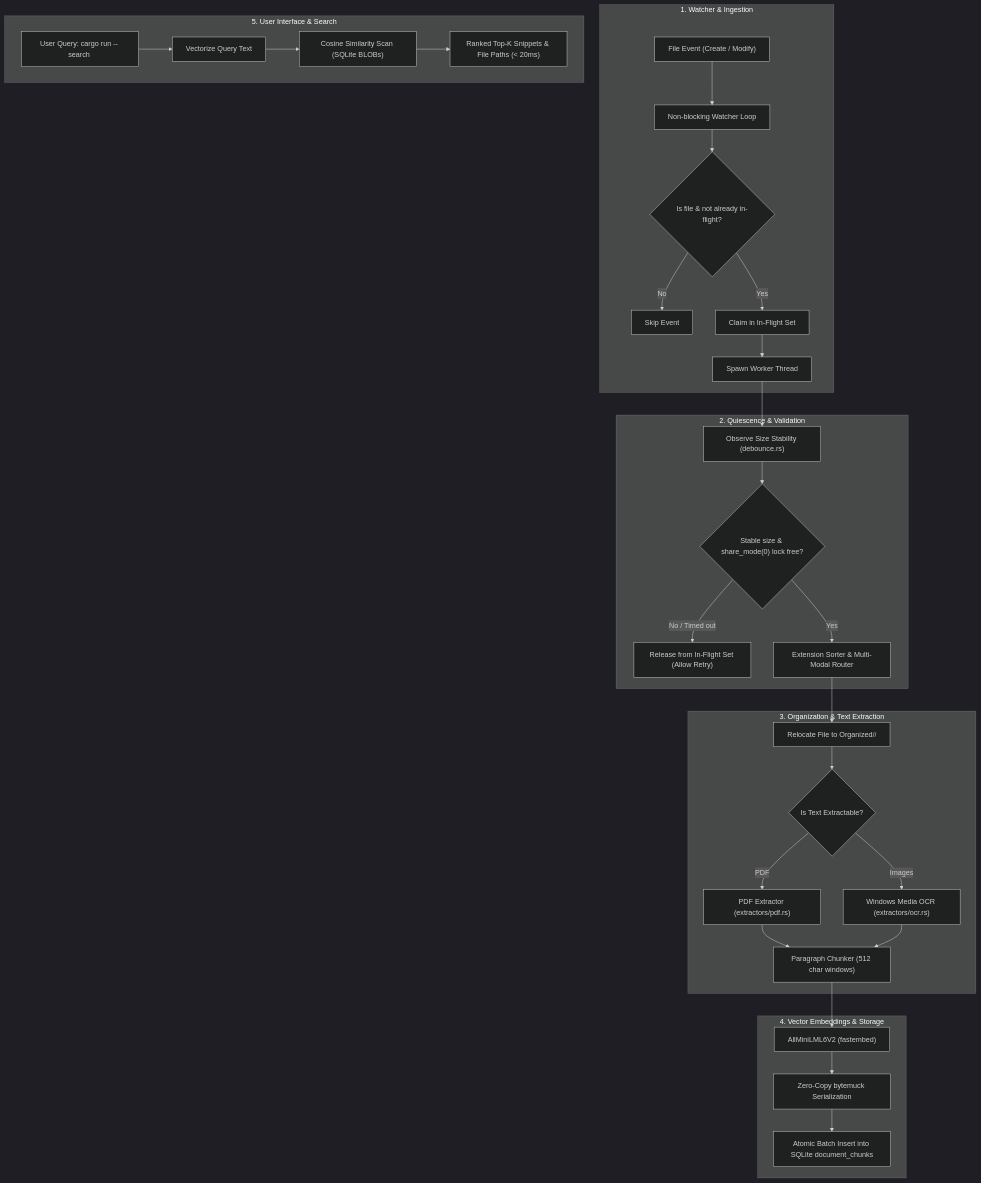
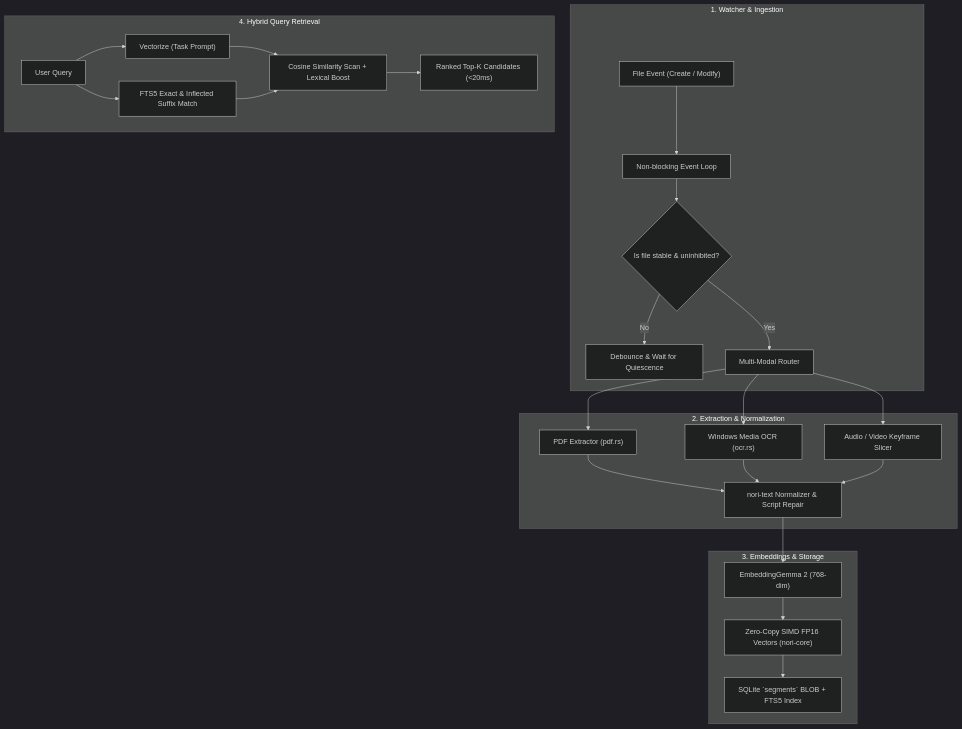
Before and after one commit to abuhurayraniloy/Nori: the diagram in README.md, drawn with Mermaid (dark theme). The commit also changed other lines of this file, not shown here.

````diff
--- a/README.md
+++ b/README.md
@@ -43,37 +124,29 @@
 ```mermaid
 flowchart TD
     subgraph S1 ["1. Watcher & Ingestion"]
-        A["File Event (Create / Modify)"] --> B["Non-blocking Watcher Loop"]
-        B --> C{"Is file & not already in-flight?"}
-        C -- No --> D["Skip Event"]
-        C -- Yes --> E["Claim in In-Flight Set"]
-        E --> F["Spawn Worker Thread"]
+        A["File Event (Create / Modify)"] --> B["Non-blocking Event Loop"]
+        B --> C{"Is file stable & uninhibited?"}
+        C -- No --> D["Debounce & Wait for Quiescence"]
+        C -- Yes --> E["Multi-Modal Router"]
     end
 
-    subgraph S2 ["2. Quiescence & Validation"]
-        F --> G["Observe Size Stability (debounce.rs)"]
-        G --> H{"Stable size & share_mode(0) lock free?"}
-        H -- No / Timed out --> I["Release from In-Flight Set (Allow Retry)"]
-        H -- Yes --> J["Extension Sorter & Multi-Modal Router"]
+    subgraph S2 ["2. Extraction & Normalization"]
+        E --> F1["PDF Extractor (pdf.rs)"]
+        E --> F2["Windows Media OCR (ocr.rs)"]
+        E --> F3["Audio / Video Keyframe Slicer"]
+        F1 & F2 & F3 --> G["nori-text Normalizer & Script Repair"]
     end
 
-    subgraph S3 ["3. Organization & Text Extraction"]
-        J --> K["Relocate File to Organized/<Category>/"]
-        K --> L{"Is Text Extractable?"}
-        L -- PDF --> M1["PDF Extractor (extractors/pdf.rs)"]
-        L -- Images --> M2["Windows Media OCR (extractors/ocr.rs)"]
-        M1 & M2 --> N["Paragraph Chunker (512 char windows)"]
+    subgraph S3 ["3. Embeddings & Storage"]
+        G --> H["EmbeddingGemma 2 (768-dim)"]
+        H --> I["Zero-Copy SIMD FP16 Vectors (nori-core)"]
+        I --> J["SQLite `segments` BLOB + FTS5 Index"]
     end
 
-    subgraph S4 ["4. Vector Embeddings & Storage"]
-        N --> O["AllMiniLML6V2 (fastembed)"]
-        O --> P["Zero-Copy bytemuck Serialization"]
-        P --> Q["Atomic Batch Insert into SQLite document_chunks"]
-    end
-
-    subgraph S5 ["5. User Interface & Search"]
-        R["User Query: cargo run -- search <query>"] --> S["Vectorize Query Text"]
-        S --> T["Cosine Similarity Scan (SQLite BLOBs)"]
-        T --> U["Ranked Top-K Snippets & File Paths (< 20ms)"]
+    subgraph S4 ["4. Hybrid Query Retrieval"]
+        K["User Query"] --> L["Vectorize (Task Prompt)"]
+        K --> M["FTS5 Exact & Inflected Suffix Match"]
+        L & M --> N["Cosine Similarity Scan + Lexical Boost"]
+        N --> O["Ranked Top-K Candidates (<20ms)"]
     end
 ```
````
